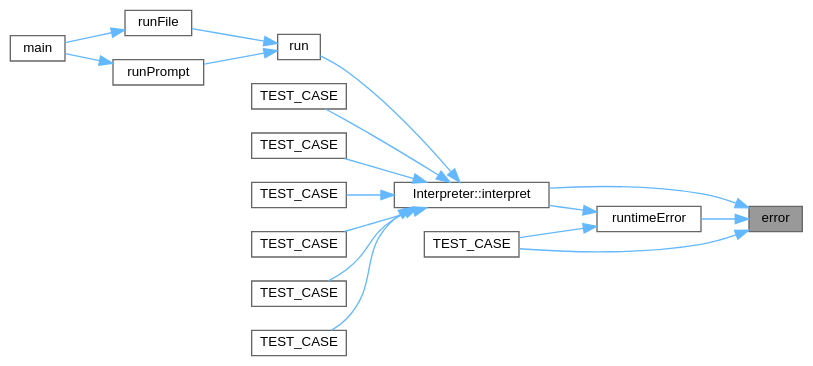
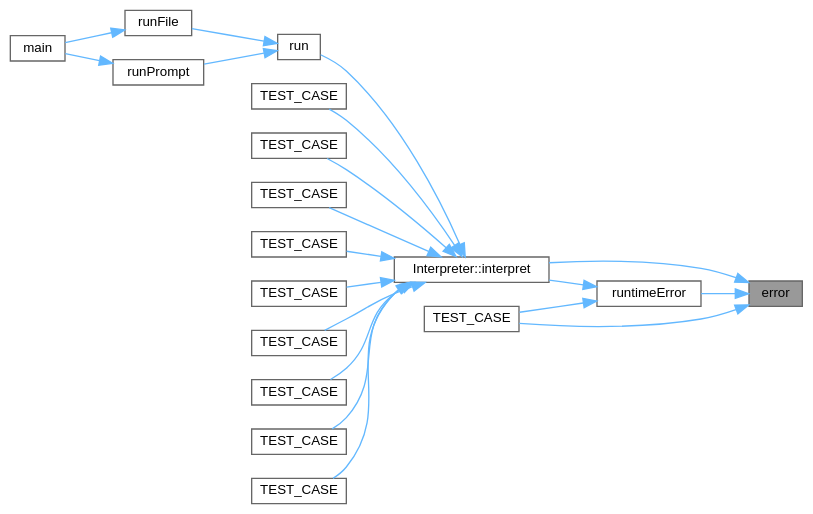
The diagram in error_8hpp_a057203d3ddd2dc7ffdbacf4be430a2e7_icgraph.dot (helcsnewsxd/gsc-interpreter), drawn with Graphviz before and after one commit. The commit also changed 87 other files, not shown here.

```diff
--- a/error_8hpp_a057203d3ddd2dc7ffdbacf4be430a2e7_icgraph.dot
+++ b/error_8hpp_a057203d3ddd2dc7ffdbacf4be430a2e7_icgraph.dot
@@ -1,38 +1,44 @@
 digraph "error"
 {
  // LATEX_PDF_SIZE
   bgcolor="transparent";
   edge [fontname=Helvetica,fontsize=10,labelfontname=Helvetica,labelfontsize=10];
   node [fontname=Helvetica,fontsize=10,shape=box,height=0.2,width=0.4];
   rankdir="RL";
   Node1 [id="Node000001",label="error",height=0.2,width=0.4,color="gray40", fillcolor="grey60", style="filled", fontcolor="black",tooltip="Report an error in the given line."];
   Node1 -> Node2 [id="edge1_Node000001_Node000002",dir="back",color="steelblue1",style="solid",tooltip=" "];
   Node2 [id="Node000002",label="Interpreter::interpret",height=0.2,width=0.4,color="grey40", fillcolor="white", style="filled",URL="$classInterpreter.html#a3c1b7d9bdd87f579186d14fff68bc06b",tooltip="Interpret the given statement list and execute them."];
   Node2 -> Node3 [id="edge2_Node000002_Node000003",dir="back",color="steelblue1",style="solid",tooltip=" "];
   Node3 [id="Node000003",label="run",height=0.2,width=0.4,color="grey40", fillcolor="white", style="filled",URL="$main_8cpp.html#a7a2843aa356425e41907f7b3bc255b15",tooltip=" "];
   Node3 -> Node4 [id="edge3_Node000003_Node000004",dir="back",color="steelblue1",style="solid",tooltip=" "];
   Node4 [id="Node000004",label="runFile",height=0.2,width=0.4,color="grey40", fillcolor="white", style="filled",URL="$main_8cpp.html#abd88a82eb70f9e68f4ca9b5ebb923556",tooltip=" "];
   Node4 -> Node5 [id="edge4_Node000004_Node000005",dir="back",color="steelblue1",style="solid",tooltip=" "];
   Node5 [id="Node000005",label="main",height=0.2,width=0.4,color="grey40", fillcolor="white", style="filled",URL="$main_8cpp.html#a0ddf1224851353fc92bfbff6f499fa97",tooltip=" "];
   Node3 -> Node6 [id="edge5_Node000003_Node000006",dir="back",color="steelblue1",style="solid",tooltip=" "];
   Node6 [id="Node000006",label="runPrompt",height=0.2,width=0.4,color="grey40", fillcolor="white", style="filled",URL="$main_8cpp.html#a2177fc6f8c300b3c24f38817ba64da30",tooltip=" "];
   Node6 -> Node5 [id="edge6_Node000006_Node000005",dir="back",color="steelblue1",style="solid",tooltip=" "];
   Node2 -> Node7 [id="edge7_Node000002_Node000007",dir="back",color="steelblue1",style="solid",tooltip=" "];
   Node7 [id="Node000007",label="TEST_CASE",height=0.2,width=0.4,color="grey40", fillcolor="white", style="filled",URL="$interpreterTest_8cpp.html#a6d59c7eaa8dc2d2c231dc8048e24e35c",tooltip=" "];
   Node2 -> Node8 [id="edge8_Node000002_Node000008",dir="back",color="steelblue1",style="solid",tooltip=" "];
-  Node8 [id="Node000008",label="TEST_CASE",height=0.2,width=0.4,color="grey40", fillcolor="white", style="filled",URL="$interpreterTest_8cpp.html#a7d78cde49e06d2e3075c06db32f64b88",tooltip=" "];
+  Node8 [id="Node000008",label="TEST_CASE",height=0.2,width=0.4,color="grey40", fillcolor="white", style="filled",URL="$interpreterTest_8cpp.html#a7681cf646797c6651e5ce7c2c5972057",tooltip=" "];
   Node2 -> Node9 [id="edge9_Node000002_Node000009",dir="back",color="steelblue1",style="solid",tooltip=" "];
-  Node9 [id="Node000009",label="TEST_CASE",height=0.2,width=0.4,color="grey40", fillcolor="white", style="filled",URL="$interpreterTest_8cpp.html#ab150f85e2a5e48f1c4f8992c29f0c06a",tooltip=" "];
+  Node9 [id="Node000009",label="TEST_CASE",height=0.2,width=0.4,color="grey40", fillcolor="white", style="filled",URL="$interpreterTest_8cpp.html#a6c6a1c7c7c4e7f448ae53d7aa8891248",tooltip=" "];
   Node2 -> Node10 [id="edge10_Node000002_Node000010",dir="back",color="steelblue1",style="solid",tooltip=" "];
-  Node10 [id="Node000010",label="TEST_CASE",height=0.2,width=0.4,color="grey40", fillcolor="white", style="filled",URL="$interpreterTest_8cpp.html#a20d502dcebb9fdb1ee5a77b6e461a05f",tooltip=" "];
+  Node10 [id="Node000010",label="TEST_CASE",height=0.2,width=0.4,color="grey40", fillcolor="white", style="filled",URL="$interpreterTest_8cpp.html#a7d78cde49e06d2e3075c06db32f64b88",tooltip=" "];
   Node2 -> Node11 [id="edge11_Node000002_Node000011",dir="back",color="steelblue1",style="solid",tooltip=" "];
-  Node11 [id="Node000011",label="TEST_CASE",height=0.2,width=0.4,color="grey40", fillcolor="white", style="filled",URL="$interpreterTest_8cpp.html#a6d69d806ec4f8c26e812e8faeba66df8",tooltip=" "];
+  Node11 [id="Node000011",label="TEST_CASE",height=0.2,width=0.4,color="grey40", fillcolor="white", style="filled",URL="$interpreterTest_8cpp.html#ab150f85e2a5e48f1c4f8992c29f0c06a",tooltip=" "];
   Node2 -> Node12 [id="edge12_Node000002_Node000012",dir="back",color="steelblue1",style="solid",tooltip=" "];
-  Node12 [id="Node000012",label="TEST_CASE",height=0.2,width=0.4,color="grey40", fillcolor="white", style="filled",URL="$interpreterTest_8cpp.html#a91cdf5df35d38b3a8934de548a6ca231",tooltip=" "];
-  Node1 -> Node13 [id="edge13_Node000001_Node000013",dir="back",color="steelblue1",style="solid",tooltip=" "];
-  Node13 [id="Node000013",label="runtimeError",height=0.2,width=0.4,color="grey40", fillcolor="white", style="filled",URL="$error_8cpp.html#a52e9d0438880e071985009848bab2d32",tooltip="Report a runtime error given a RuntimeError object."];
-  Node13 -> Node2 [id="edge14_Node000013_Node000002",dir="back",color="steelblue1",style="solid",tooltip=" "];
-  Node13 -> Node14 [id="edge15_Node000013_Node000014",dir="back",color="steelblue1",style="solid",tooltip=" "];
-  Node14 [id="Node000014",label="TEST_CASE",height=0.2,width=0.4,color="grey40", fillcolor="white", style="filled",URL="$errorTest_8cpp.html#af93175627642fbb8db1d156e4cf1b477",tooltip=" "];
-  Node1 -> Node14 [id="edge16_Node000001_Node000014",dir="back",color="steelblue1",style="solid",tooltip=" "];
+  Node12 [id="Node000012",label="TEST_CASE",height=0.2,width=0.4,color="grey40", fillcolor="white", style="filled",URL="$interpreterTest_8cpp.html#a20d502dcebb9fdb1ee5a77b6e461a05f",tooltip=" "];
+  Node2 -> Node13 [id="edge13_Node000002_Node000013",dir="back",color="steelblue1",style="solid",tooltip=" "];
+  Node13 [id="Node000013",label="TEST_CASE",height=0.2,width=0.4,color="grey40", fillcolor="white", style="filled",URL="$interpreterTest_8cpp.html#a6d69d806ec4f8c26e812e8faeba66df8",tooltip=" "];
+  Node2 -> Node14 [id="edge14_Node000002_Node000014",dir="back",color="steelblue1",style="solid",tooltip=" "];
+  Node14 [id="Node000014",label="TEST_CASE",height=0.2,width=0.4,color="grey40", fillcolor="white", style="filled",URL="$interpreterTest_8cpp.html#ae30abe8dbd86c4cdc9bea70322460f21",tooltip=" "];
+  Node2 -> Node15 [id="edge15_Node000002_Node000015",dir="back",color="steelblue1",style="solid",tooltip=" "];
+  Node15 [id="Node000015",label="TEST_CASE",height=0.2,width=0.4,color="grey40", fillcolor="white", style="filled",URL="$interpreterTest_8cpp.html#a91cdf5df35d38b3a8934de548a6ca231",tooltip=" "];
+  Node1 -> Node16 [id="edge16_Node000001_Node000016",dir="back",color="steelblue1",style="solid",tooltip=" "];
+  Node16 [id="Node000016",label="runtimeError",height=0.2,width=0.4,color="grey40", fillcolor="white", style="filled",URL="$error_8cpp.html#a52e9d0438880e071985009848bab2d32",tooltip="Report a runtime error given a RuntimeError object."];
+  Node16 -> Node2 [id="edge17_Node000016_Node000002",dir="back",color="steelblue1",style="solid",tooltip=" "];
+  Node16 -> Node17 [id="edge18_Node000016_Node000017",dir="back",color="steelblue1",style="solid",tooltip=" "];
+  Node17 [id="Node000017",label="TEST_CASE",height=0.2,width=0.4,color="grey40", fillcolor="white", style="filled",URL="$errorTest_8cpp.html#af93175627642fbb8db1d156e4cf1b477",tooltip=" "];
+  Node1 -> Node17 [id="edge19_Node000001_Node000017",dir="back",color="steelblue1",style="solid",tooltip=" "];
 }
```
